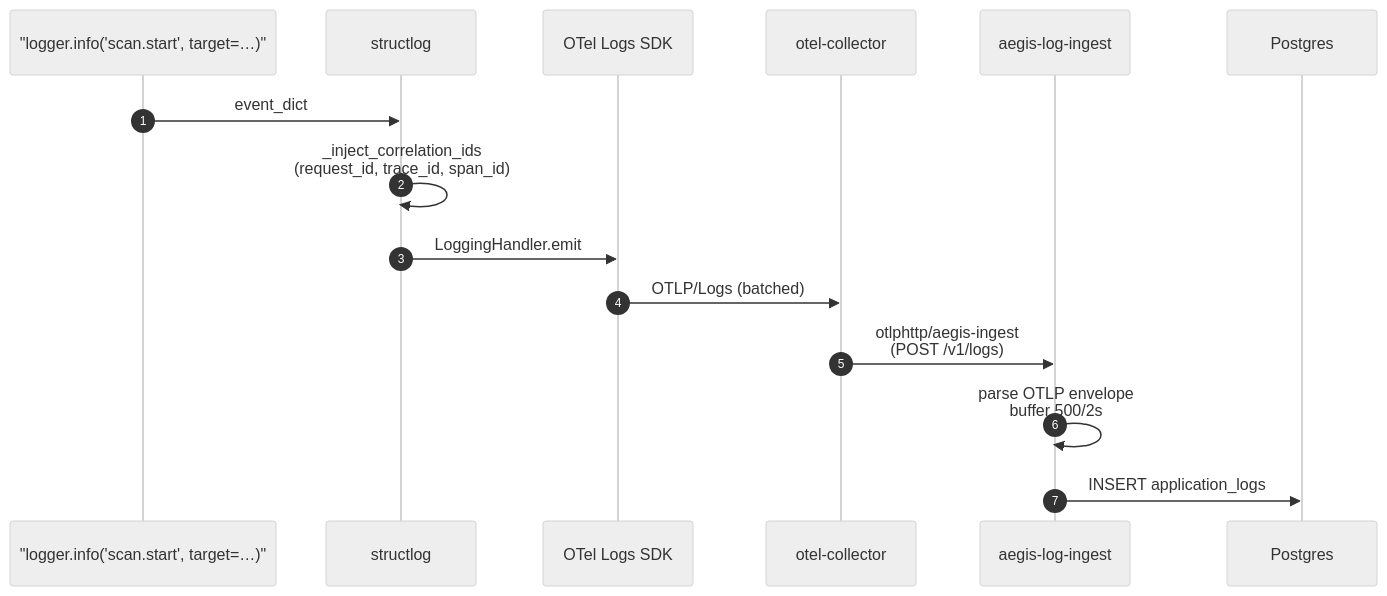
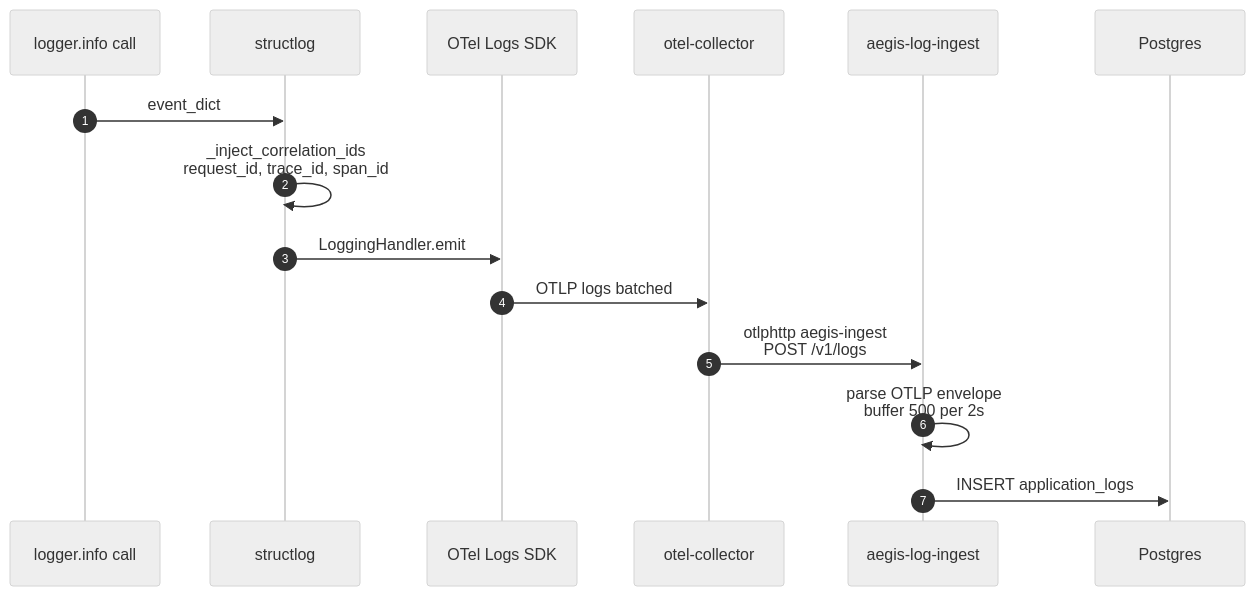
Before and after one commit to IntelliBridge/ndia-red-team-simulator: the second of 4 diagrams in docs/architecture/observability.md, drawn with Mermaid (neutral theme). The commit also changed other lines of this file and 8 other files, not shown here.

First line of the commit message:
mkdocs: fix every mermaid diagram against the Mermaid 11 parser

````diff
--- a/docs/architecture/observability.md
+++ b/docs/architecture/observability.md
@@ -72,18 +73,18 @@
 ```mermaid
 sequenceDiagram
     autonumber
-    participant code as "logger.info('scan.start', target=…)"
+    participant code as logger.info call
     participant SL as structlog
     participant OTEL as OTel Logs SDK
     participant COL as otel-collector
     participant LI as aegis-log-ingest
     participant PG as Postgres
 
     code->>SL: event_dict
-    SL->>SL: _inject_correlation_ids<br/>(request_id, trace_id, span_id)
+    SL->>SL: _inject_correlation_ids<br/>request_id, trace_id, span_id
     SL->>OTEL: LoggingHandler.emit
-    OTEL->>COL: OTLP/Logs (batched)
-    COL->>LI: otlphttp/aegis-ingest<br/>(POST /v1/logs)
-    LI->>LI: parse OTLP envelope<br/>buffer 500/2s
+    OTEL->>COL: OTLP logs batched
+    COL->>LI: otlphttp aegis-ingest<br/>POST /v1/logs
+    LI->>LI: parse OTLP envelope<br/>buffer 500 per 2s
     LI->>PG: INSERT application_logs
 ```
````
